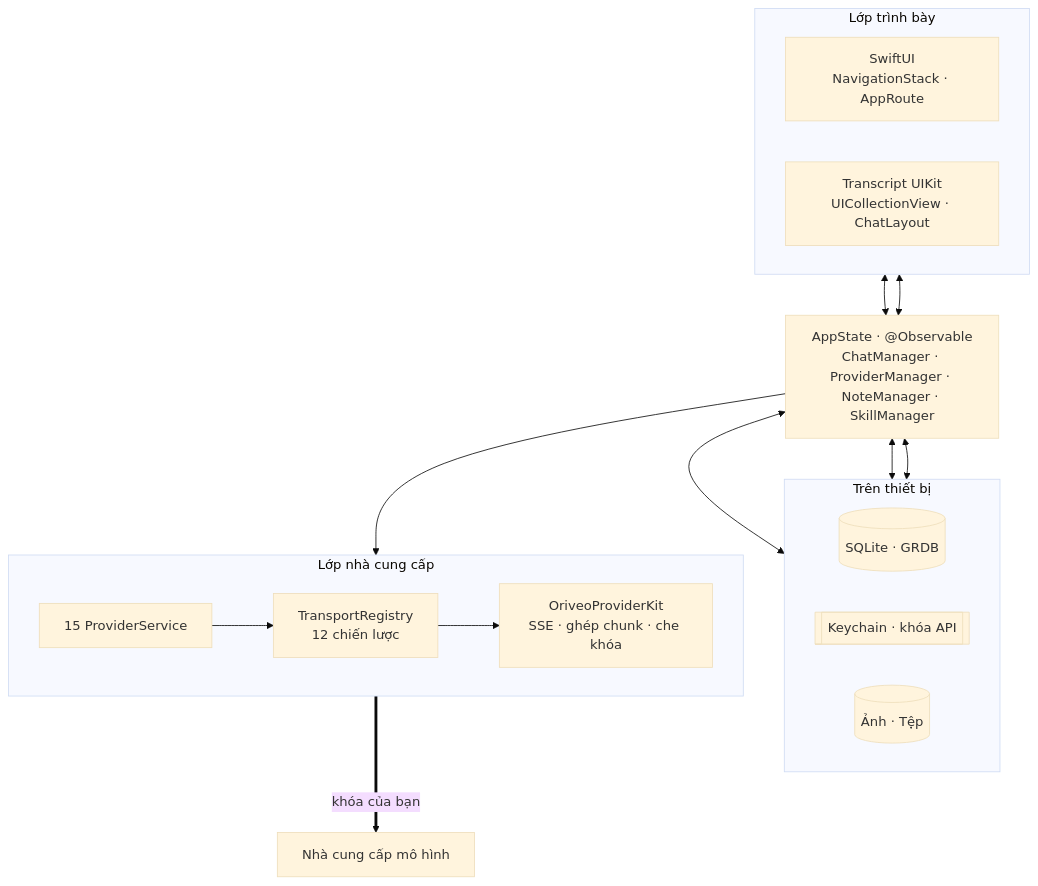
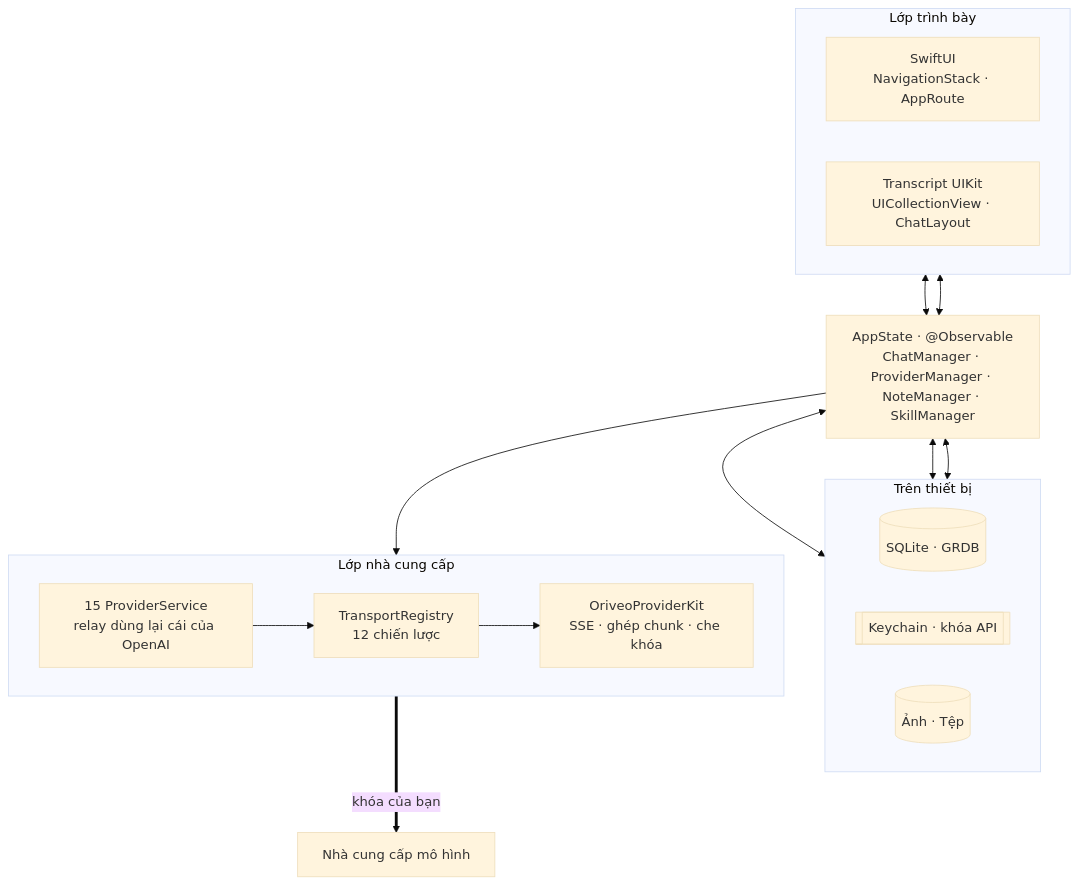
One commit to oriveo/oriveo changed the first of 2 diagrams in readme_i18n/vi/ios.md. Above: the diagram before and after it, drawn with Mermaid (base theme). The commit also changed other lines of this file and 62 other files, not shown here.

````diff
--- a/readme_i18n/vi/ios.md
+++ b/readme_i18n/vi/ios.md
@@ -47,30 +47,30 @@
 ```mermaid
 flowchart TB
     subgraph ui ["Lớp trình bày"]
         direction LR
         swiftui["SwiftUI<br/>NavigationStack · AppRoute"]
         uikit["Transcript UIKit<br/>UICollectionView · ChatLayout"]
     end
 
     appstate["AppState · @Observable<br/>ChatManager · ProviderManager · NoteManager · SkillManager"]
 
     subgraph store ["Trên thiết bị"]
         direction LR
         grdb[("SQLite · GRDB")]
         keychain[["Keychain · khóa API"]]
         files[("Ảnh · Tệp")]
     end
 
     subgraph provider ["Lớp nhà cung cấp"]
         direction LR
-        services["15 ProviderService"]
+        services["15 ProviderService<br/>relay dùng lại cái của OpenAI"]
         transports["TransportRegistry<br/>12 chiến lược"]
         kit["OriveoProviderKit<br/>SSE · ghép chunk · che khóa"]
     end
 
     swiftui & uikit <--> appstate
     appstate <--> grdb & keychain & files
     appstate --> services
     services --> transports --> kit
     kit ==>|"khóa của bạn"| up["Nhà cung cấp mô hình"]
 ```
````
